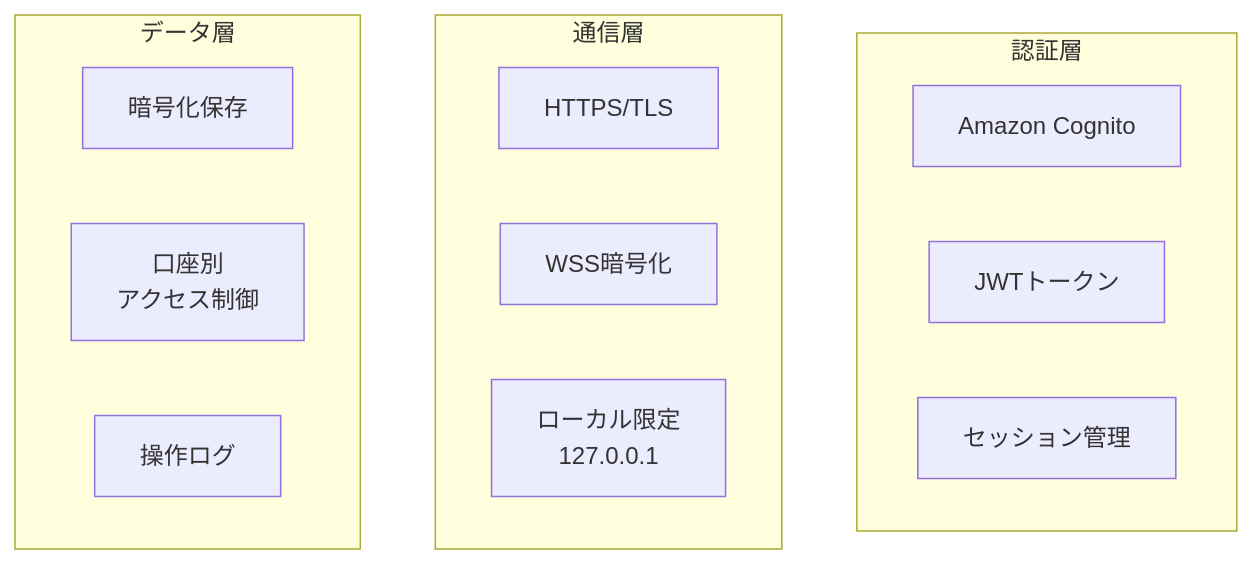
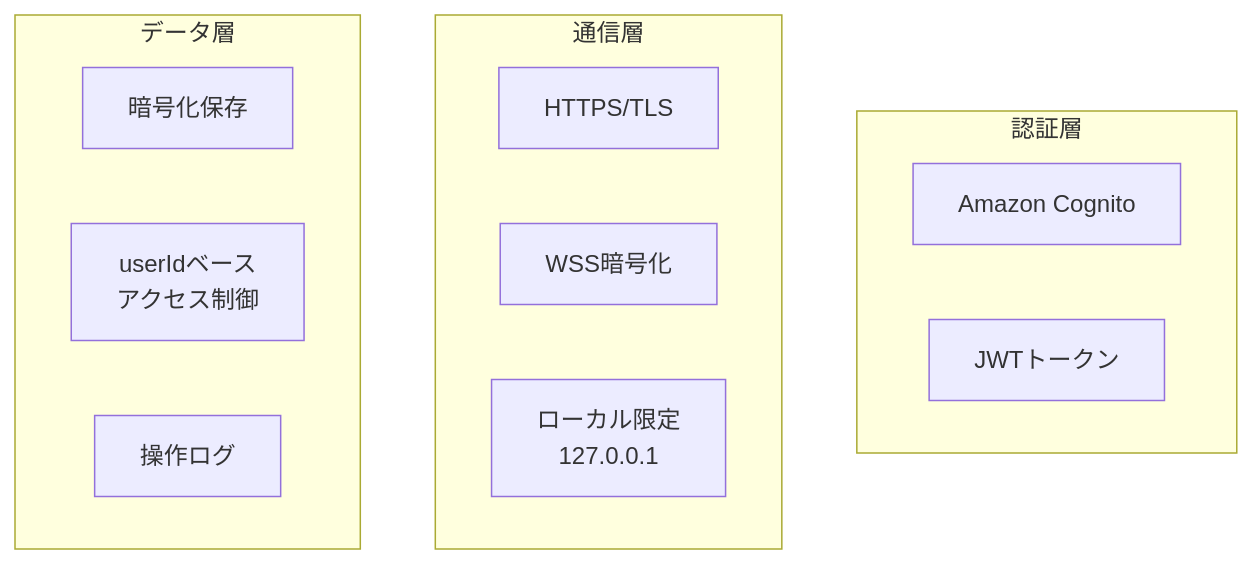
Diagram 15 of 16 in MVPシステム設計.md (rnrnstar2/ArbitrageAssistant), drawn with Mermaid before and after one commit. The commit also changed other lines of this file and 111 other files, not shown here.

````diff
--- a/MVPシステム設計.md
+++ b/MVPシステム設計.md
@@ -642,20 +770,19 @@
 ```mermaid
 graph TB
     subgraph "認証層"
         Cognito[Amazon Cognito]
         JWT[JWTトークン]
-        Session[セッション管理]
     end
-    
+
     subgraph "通信層"
         HTTPS[HTTPS/TLS]
         WSS[WSS暗号化]
         Local[ローカル限定<br/>127.0.0.1]
     end
-    
+
     subgraph "データ層"
         Encrypt[暗号化保存]
-        Access[口座別<br/>アクセス制御]
+        Access[userIdベース<br/>アクセス制御]
         Audit[操作ログ]
     end
 ```
````
